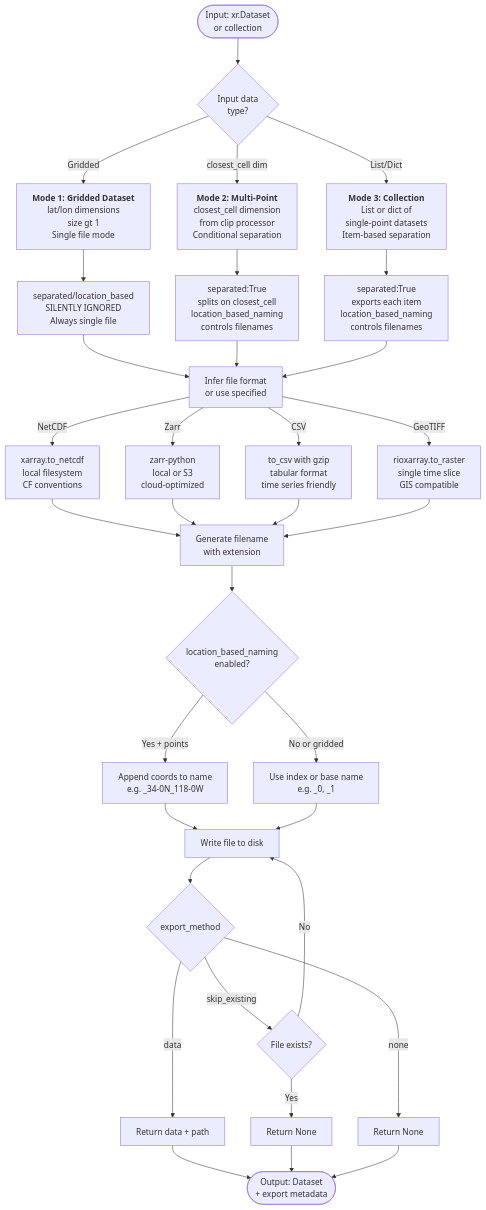
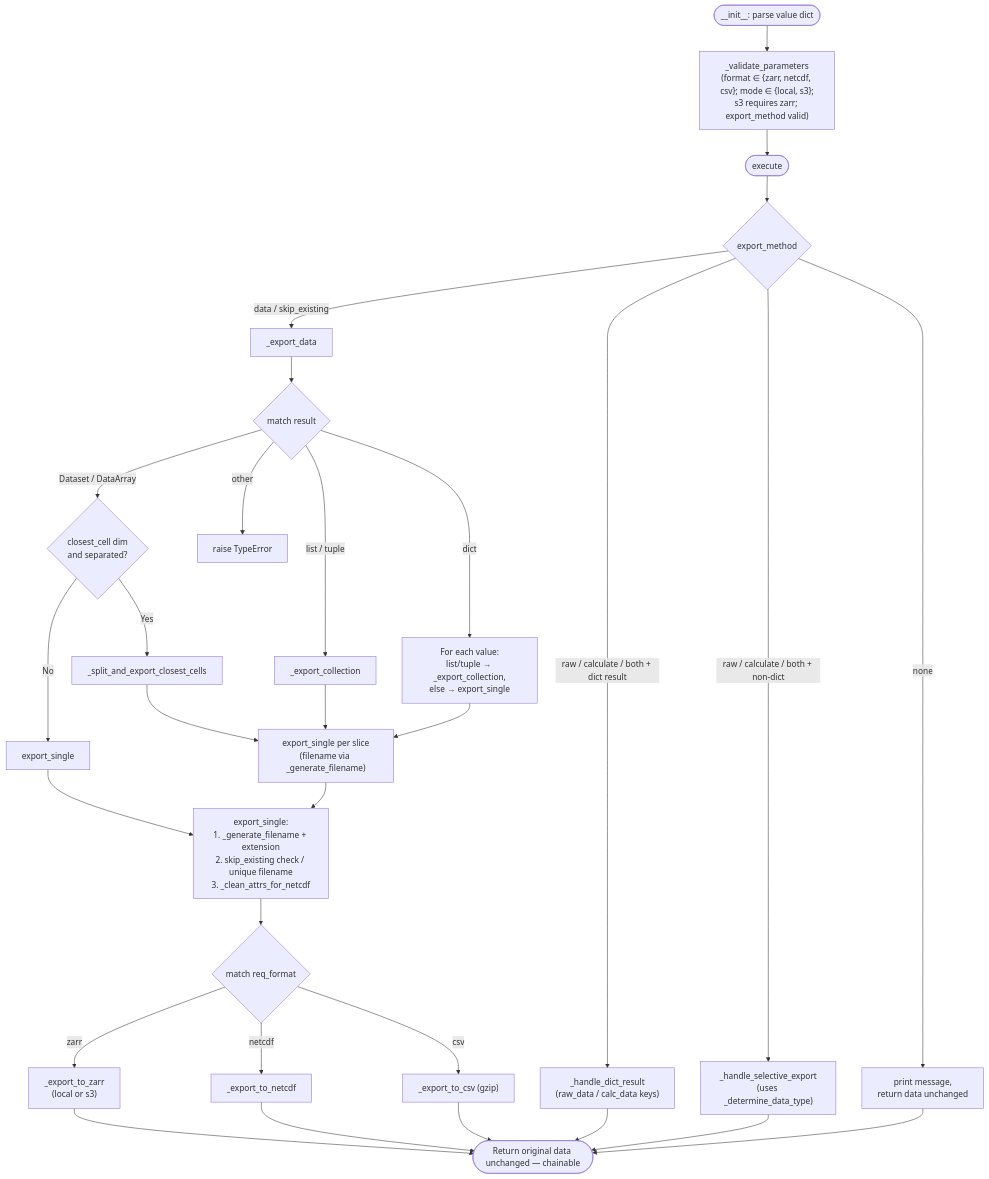
One commit to cal-adapt/climakitae changed the diagram in docs-mkdocs/climate-data-interface/processors/export.md. Above: the diagram before and after it, drawn with Mermaid. The commit also changed other lines of this file and 28 other files, not shown here.

Commit message:
update processor flowcharts

````diff
--- a/docs-mkdocs/climate-data-interface/processors/export.md
+++ b/docs-mkdocs/climate-data-interface/processors/export.md
@@ -11,56 +11,51 @@
 ```mermaid
 flowchart TD
-    Start([Input: xr.Dataset<br/>or collection]) --> CheckType{Input data<br/>type?}
-    
-    CheckType -->|Gridded| GridMode["<strong>Mode 1: Gridded Dataset</strong><br/>lat/lon dimensions<br/>size gt 1<br/>Single file mode"]
-    CheckType -->|closest_cell dim| PointMode["<strong>Mode 2: Multi-Point</strong><br/>closest_cell dimension<br/>from clip processor<br/>Conditional separation"]
-    CheckType -->|List/Dict| CollectionMode["<strong>Mode 3: Collection</strong><br/>List or dict of<br/>single-point datasets<br/>Item-based separation"]
-    
-    GridMode --> GridParams["separated/location_based<br/>SILENTLY IGNORED<br/>Always single file"]
-    PointMode --> PointParams["separated:True<br/>splits on closest_cell<br/>location_based_naming<br/>controls filenames"]
-    CollectionMode --> CollParams["separated:True<br/>exports each item<br/>location_based_naming<br/>controls filenames"]
-    
-    GridParams --> FormatSelect["Infer file format<br/>or use specified"]
-    PointParams --> FormatSelect
-    CollParams --> FormatSelect
-    
-    FormatSelect -->|NetCDF| ExportNCDF["xarray.to_netcdf<br/>local filesystem<br/>CF conventions"]
-    FormatSelect -->|Zarr| ExportZarr["zarr-python<br/>local or S3<br/>cloud-optimized"]
-    FormatSelect -->|CSV| ExportCSV["to_csv with gzip<br/>tabular format<br/>time series friendly"]
-    FormatSelect -->|GeoTIFF| ExportGEO["rioxarray.to_raster<br/>single time slice<br/>GIS compatible"]
-    
-    ExportNCDF --> GenFilename["Generate filename<br/>with extension"]
-    ExportZarr --> GenFilename
-    ExportCSV --> GenFilename
-    ExportGEO --> GenFilename
-    
-    GenFilename --> CheckNaming{location_based_naming<br/>enabled?}
-    
-    CheckNaming -->|Yes + points| AddCoords["Append coords to name<br/>e.g. _34-0N_118-0W"]
-    CheckNaming -->|No or gridded| NoCoords["Use index or base name<br/>e.g. _0, _1"]
-    
-    AddCoords --> Write["Write file to disk"]
-    NoCoords --> Write
-    
-    Write --> CheckMethod{export_method}
-    
-    CheckMethod -->|data| ReturnData["Return data + path"]
-    CheckMethod -->|skip_existing| CheckExists{File exists?}
-    CheckExists -->|Yes| ReturnNone1["Return None"]
-    CheckExists -->|No| Write
-    CheckMethod -->|none| ReturnNone2["Return None"]
-    
-    ReturnData --> End([Output: Dataset<br/>+ export metadata])
-    ReturnNone1 --> End
-    ReturnNone2 --> End
-    
-    click CheckType "https://github.com/cal-adapt/climakitae/blob/main/climakitae/new_core/processors/export.py#L150" "Input type detection"
-    click GridMode "https://github.com/cal-adapt/climakitae/blob/main/climakitae/new_core/processors/export.py#L170" "Gridded dataset handling"
-    click PointMode "https://github.com/cal-adapt/climakitae/blob/main/climakitae/new_core/processors/export.py#L190" "closest_cell dimension"
-    click CollectionMode "https://github.com/cal-adapt/climakitae/blob/main/climakitae/new_core/processors/export.py#L210" "Collection of points"
-    click FormatSelect "https://github.com/cal-adapt/climakitae/blob/main/climakitae/new_core/processors/export.py#L240" "Format router"
-    click ExportNCDF "https://github.com/cal-adapt/climakitae/blob/main/climakitae/new_core/processors/export.py#L280" "NetCDF export"
-    click ExportZarr "https://github.com/cal-adapt/climakitae/blob/main/climakitae/new_core/processors/export.py#L290" "Zarr export S3/local"
-    click ExportCSV "https://github.com/cal-adapt/climakitae/blob/main/climakitae/new_core/processors/export.py#L300" "CSV export"
-    click ExportGEO "https://github.com/cal-adapt/climakitae/blob/main/climakitae/new_core/processors/export.py#L310" "GeoTIFF export"
+    Init([__init__: parse value dict]) --> Validate["_validate_parameters<br/>(format ∈ {zarr, netcdf, csv}; mode ∈ {local, s3};<br/>s3 requires zarr; export_method valid)"]
+    Validate --> Start([execute])
+    Start --> MethodCheck{export_method}
+
+    MethodCheck -->|none| ReturnNoop["print message,<br/>return data unchanged"]
+    MethodCheck -->|raw / calculate / both + dict result| HandleDict["_handle_dict_result<br/>(raw_data / calc_data keys)"]
+    MethodCheck -->|raw / calculate / both + non-dict| HandleSel["_handle_selective_export<br/>(uses _determine_data_type)"]
+    MethodCheck -->|data / skip_existing| ExportData["_export_data"]
+
+    ExportData --> MatchResult{match result}
+    MatchResult -->|Dataset / DataArray| HasCC{closest_cell dim<br/>and separated?}
+    HasCC -->|Yes| SplitCC["_split_and_export_closest_cells"]
+    HasCC -->|No| ExportSingle1["export_single"]
+    MatchResult -->|dict| LoopDict["For each value:<br/>list/tuple → _export_collection,<br/>else → export_single"]
+    MatchResult -->|list / tuple| ExportColl["_export_collection"]
+    MatchResult -->|other| RaiseType["raise TypeError"]
+
+    SplitCC --> ExportSingleN["export_single per slice<br/>(filename via _generate_filename)"]
+    ExportColl --> ExportSingleN
+    LoopDict --> ExportSingleN
+    ExportSingle1 --> WriteOne
+    ExportSingleN --> WriteOne
+
+    WriteOne["export_single:<br/>1. _generate_filename + extension<br/>2. skip_existing check / unique filename<br/>3. _clean_attrs_for_netcdf"]
+    WriteOne --> FormatMatch{match req_format}
+    FormatMatch -->|zarr| Zarr["_export_to_zarr<br/>(local or s3)"]
+    FormatMatch -->|netcdf| NCDF["_export_to_netcdf"]
+    FormatMatch -->|csv| CSV["_export_to_csv (gzip)"]
+
+    Zarr --> Done
+    NCDF --> Done
+    CSV --> Done
+    HandleDict --> Done
+    HandleSel --> Done
+    Done([Return original data unchanged — chainable])
+    ReturnNoop --> Done
+
+    click Init "https://github.com/cal-adapt/climakitae/blob/main/climakitae/new_core/processors/export.py#L197" "__init__"
+    click Validate "https://github.com/cal-adapt/climakitae/blob/main/climakitae/new_core/processors/export.py#L238" "_validate_parameters"
+    click Start "https://github.com/cal-adapt/climakitae/blob/main/climakitae/new_core/processors/export.py#L326" "execute"
+    click ExportData "https://github.com/cal-adapt/climakitae/blob/main/climakitae/new_core/processors/export.py#L394" "_export_data dispatcher"
+    click MatchResult "https://github.com/cal-adapt/climakitae/blob/main/climakitae/new_core/processors/export.py#L432" "match result"
+    click SplitCC "https://github.com/cal-adapt/climakitae/blob/main/climakitae/new_core/processors/export.py#L820" "_split_and_export_closest_cells"
+    click ExportColl "https://github.com/cal-adapt/climakitae/blob/main/climakitae/new_core/processors/export.py#L457" "_export_collection"
+    click HandleDict "https://github.com/cal-adapt/climakitae/blob/main/climakitae/new_core/processors/export.py#L573" "_handle_dict_result"
+    click HandleSel "https://github.com/cal-adapt/climakitae/blob/main/climakitae/new_core/processors/export.py#L590" "_handle_selective_export"
+    click WriteOne "https://github.com/cal-adapt/climakitae/blob/main/climakitae/new_core/processors/export.py#L1064" "export_single"
+    click FormatMatch "https://github.com/cal-adapt/climakitae/blob/main/climakitae/new_core/processors/export.py#L1103" "match req_format"
 ```
````
